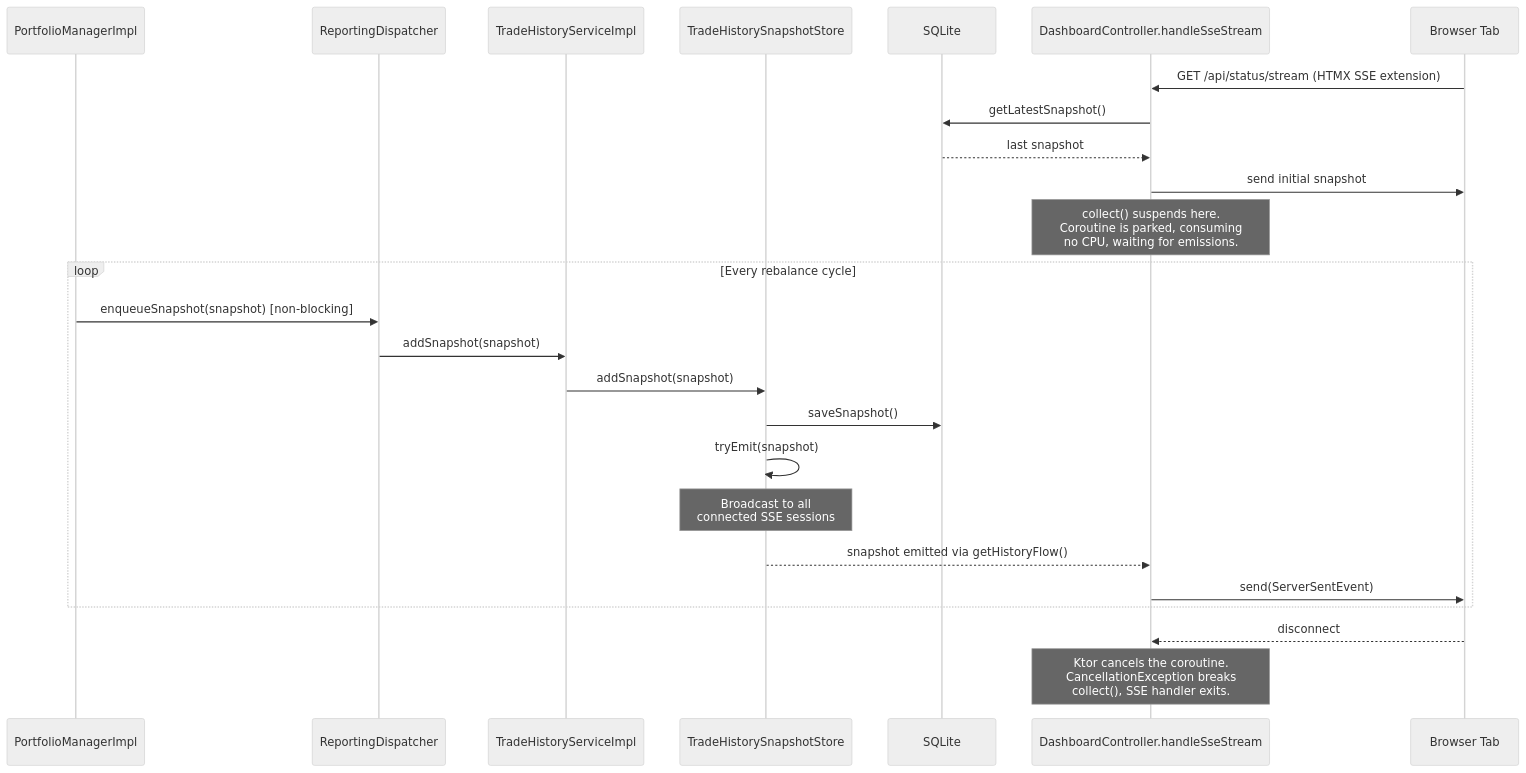
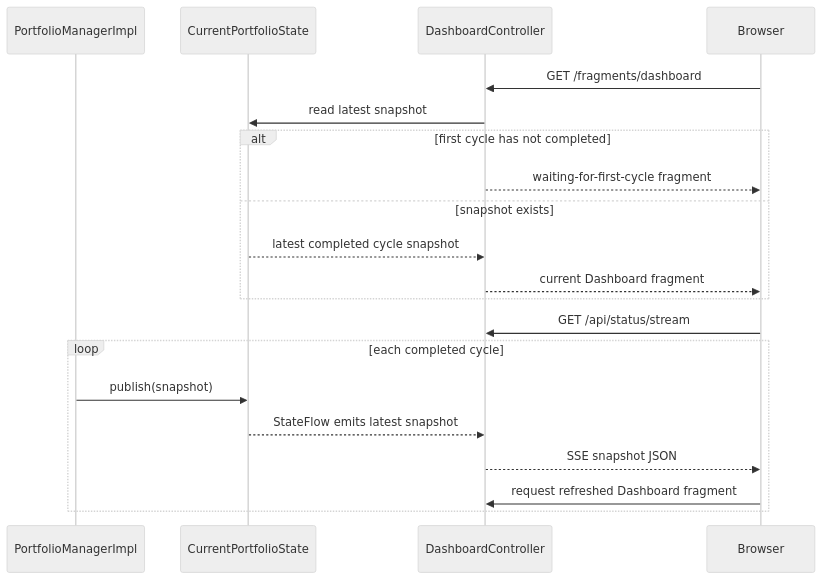
Before and after one commit to HyperVon/new-kraken-rebalancer: the third of 3 diagrams in docs/FLOWS.md, drawn with Mermaid (neutral theme). The commit also changed other lines of this file and 320 other files, not shown here.

````diff
--- a/docs/FLOWS.md
+++ b/docs/FLOWS.md
@@ -209,31 +117,24 @@
 ```mermaid
 sequenceDiagram
     participant PM as PortfolioManagerImpl
-    participant RD as ReportingDispatcher
-    participant THS as TradeHistoryServiceImpl
-    participant Store as TradeHistorySnapshotStore
-    participant DB as SQLite
-    participant SSE as DashboardController.handleSseStream
-    participant Browser as Browser Tab
+    participant State as CurrentPortfolioState
+    participant Controller as DashboardController
+    participant Browser
 
-    Browser->>SSE: GET /api/status/stream (HTMX SSE extension)
-    SSE->>DB: getLatestSnapshot()
-    DB-->>SSE: last snapshot
-    SSE->>Browser: send initial snapshot
-
-    note over SSE: collect() suspends here.<br/>Coroutine is parked, consuming<br/>no CPU, waiting for emissions.
-
-    loop Every rebalance cycle
-        PM->>RD: enqueueSnapshot(snapshot) [non-blocking]
-        RD->>THS: addSnapshot(snapshot)
-        THS->>Store: addSnapshot(snapshot)
-        Store->>DB: saveSnapshot()
-        Store->>Store: tryEmit(snapshot)
-        note over Store: Broadcast to all<br/>connected SSE sessions
-        Store-->>SSE: snapshot emitted via getHistoryFlow()
-        SSE->>Browser: send(ServerSentEvent)
+    Browser->>Controller: GET /fragments/dashboard
+    Controller->>State: read latest snapshot
+    alt first cycle has not completed
+        Controller-->>Browser: waiting-for-first-cycle fragment
+    else snapshot exists
+        State-->>Controller: latest completed cycle snapshot
+        Controller-->>Browser: current Dashboard fragment
     end
 
-    Browser-->>SSE: disconnect
-    note over SSE: Ktor cancels the coroutine.<br/>CancellationException breaks<br/>collect(), SSE handler exits.
+    Browser->>Controller: GET /api/status/stream
+    loop each completed cycle
+        PM->>State: publish(snapshot)
+        State-->>Controller: StateFlow emits latest snapshot
+        Controller-->>Browser: SSE snapshot JSON
+        Browser->>Controller: request refreshed Dashboard fragment
+    end
 ```
````
